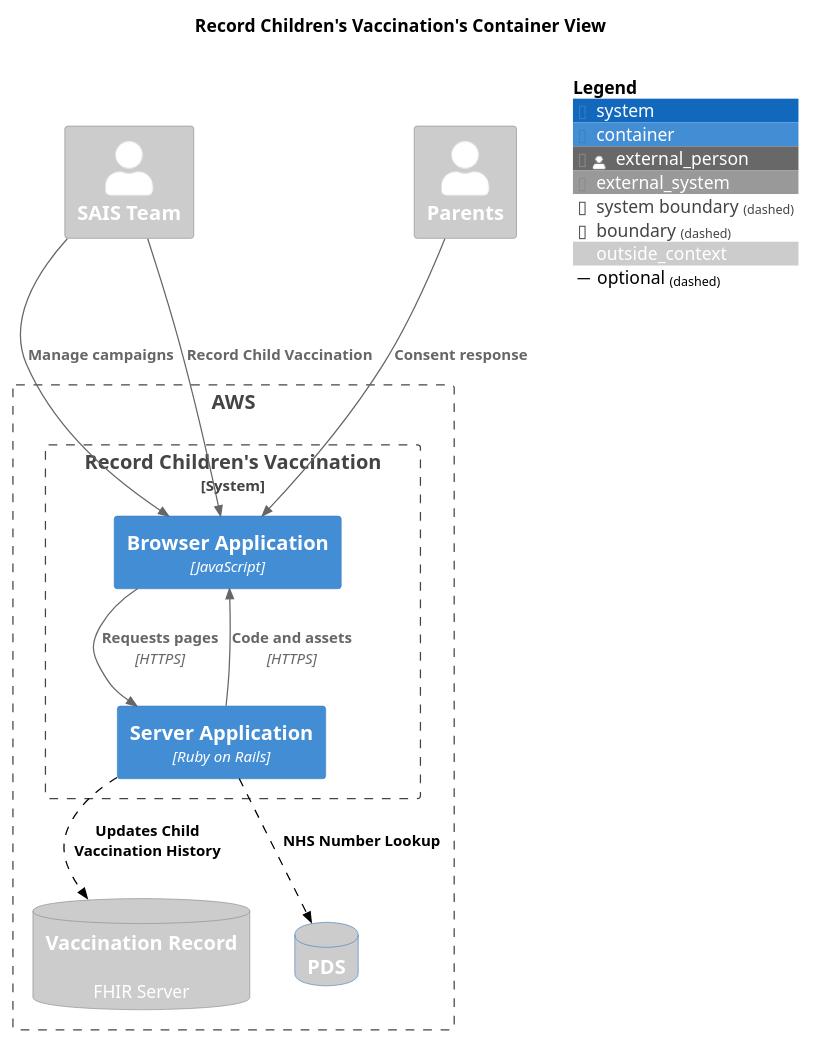
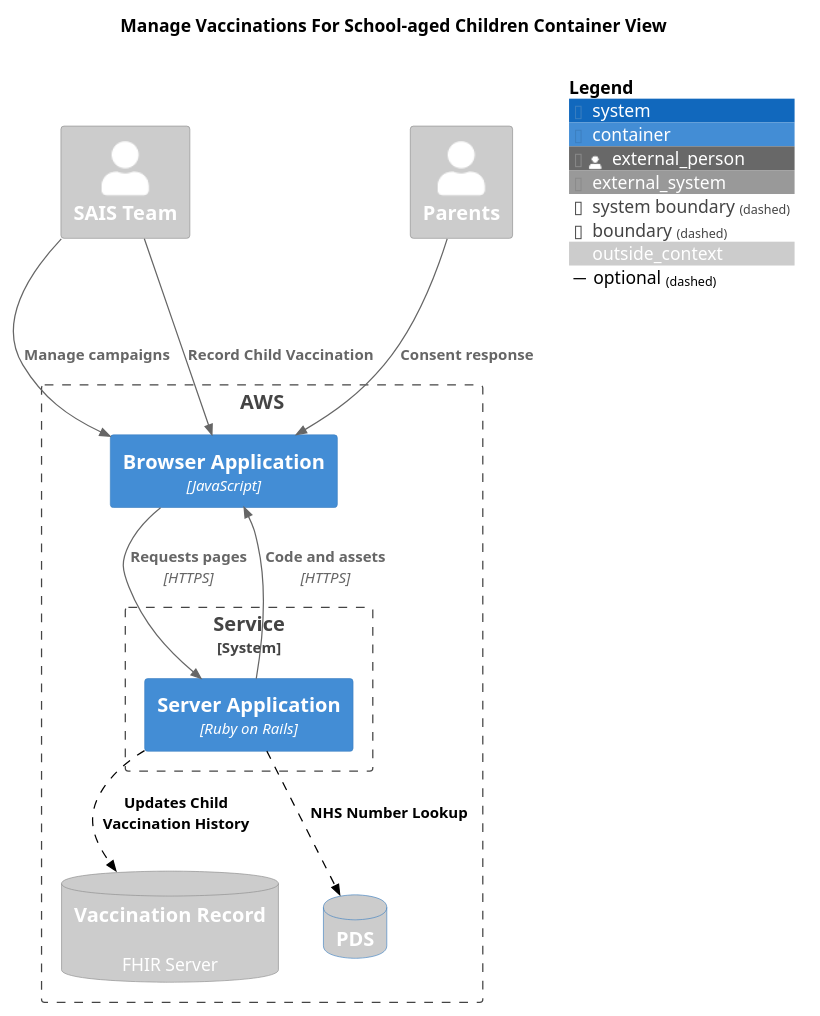
The diagram in docs/diagrams/container-view.puml (nhsuk/manage-vaccinations-in-schools), drawn with PlantUML before and after one commit. The commit also changed 14 other files, not shown here.

Commit message:
Rename record to manage

```diff
--- a/docs/diagrams/container-view.puml
+++ b/docs/diagrams/container-view.puml
@@ -1,39 +1,39 @@
 @startuml
 
 !include <C4/C4_Container.puml>
 
 LAYOUT_TOP_DOWN()
 
-title "Record Children's Vaccination's Container View"
+title "Manage Vaccinations For School-aged Children Container View"
 
 AddElementTag("outside_context", $bgColor="#CCC", $fontColor="#FFF")
 
 Person_Ext(sais, "SAIS Team", $tags="outside_context")
 Person_Ext(parents, "Parents", $tags="outside_context")
 
 Boundary(aws, "AWS") {
-  System_Boundary(record, "Record Children's Vaccination", "") {
     Container(browser, "Browser Application", "JavaScript")
+  System_Boundary(manage, "Service", "") {
     Container(server, "Server Application", "Ruby on Rails")
   }
 
   SystemDb_Ext(vaccineRecord, "Vaccination Record", "FHIR Server")
   SystemDb_Ext(pds, "PDS", "")
 }
 
 SystemDb_Ext(vaccineRecord, "Vaccination Record", "FHIR Server", $tags="outside_context")
 SystemDb(pds, "PDS", "", $tags="outside_context")
 
 AddRelTag("optional", $textColor="black", $lineColor="black", $lineStyle="dashed")
 
 Rel(server, browser, "Code and assets", "HTTPS")
 Rel(browser, server, "Requests pages", "HTTPS")
 Rel(sais, browser, "Manage campaigns")
 Rel(sais, browser, "Record Child Vaccination")
 Rel(parents, browser, "Consent response")
 Rel(server, vaccineRecord, "Updates Child Vaccination History", $tags="optional")
 Rel(server, pds, "NHS Number Lookup", $tags="optional")
 
 SHOW_FLOATING_LEGEND()
 
 @enduml
```
